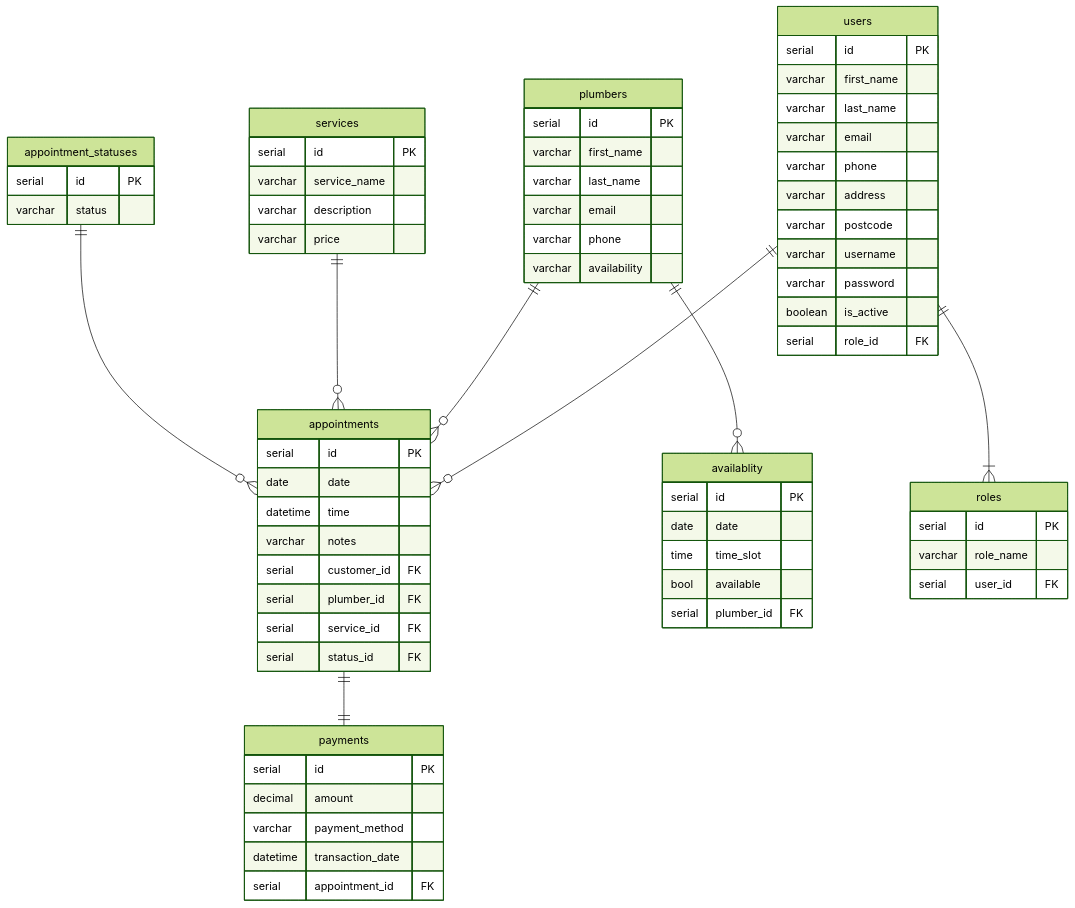
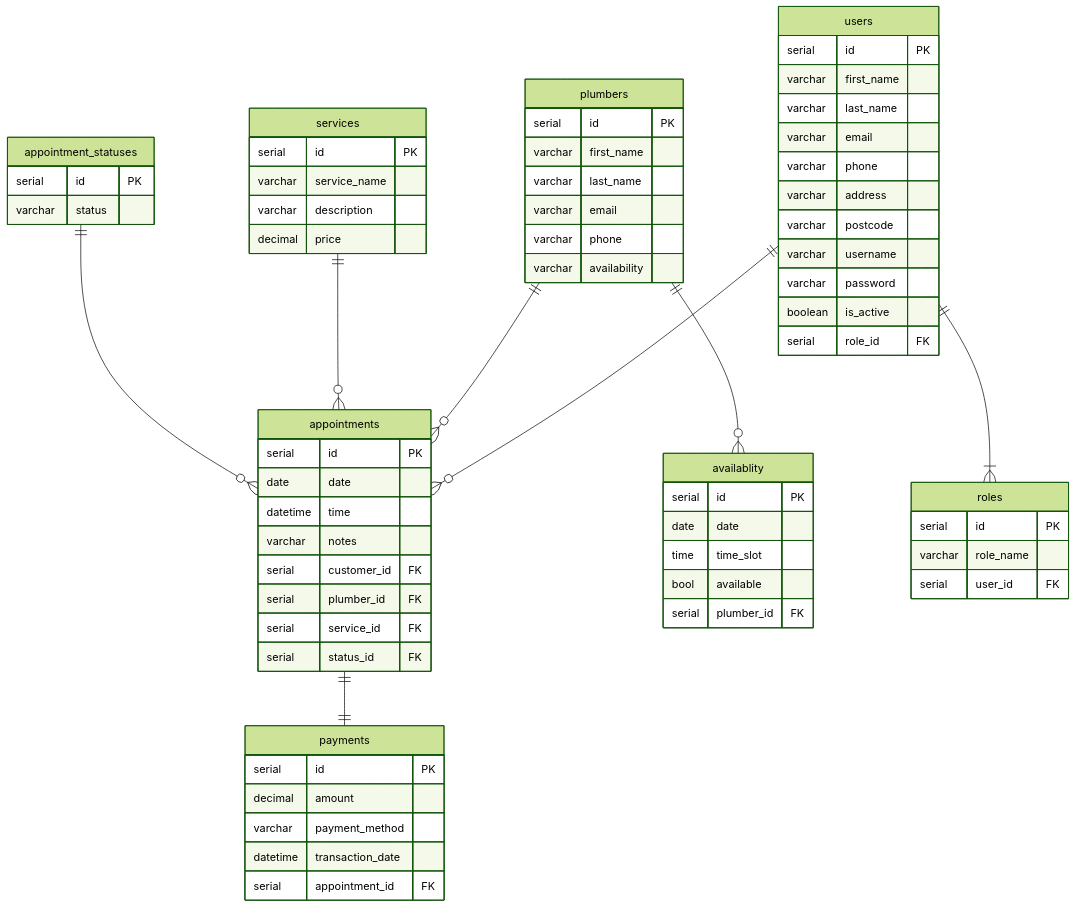
One commit to KerryK2021/Plumbing-Company-Appointment-System changed the second of 2 diagrams in README.md. Above: the diagram before and after it, drawn with Mermaid (forest theme).

````diff
--- a/README.md
+++ b/README.md
@@ -17,79 +17,79 @@
 ```mermaid
 erDiagram
         users {
         serial id PK
         varchar first_name
         varchar last_name
         varchar email
         varchar phone
         varchar address
         varchar postcode
         varchar username
         varchar password
         boolean is_active
         serial role_id FK
     }
 
     appointments {
         serial id PK
         date date
         datetime time
         varchar notes
         serial customer_id FK
         serial plumber_id FK
         serial service_id FK
         serial status_id FK
     }
 
     plumbers {
         serial id PK
         varchar first_name 
         varchar last_name
         varchar email
         varchar phone
         varchar availability
     }
 
     services {
         serial id PK
         varchar service_name
         varchar description
-        varchar price
+        decimal price
     }
 
     appointment_statuses {
         serial id PK
         varchar status
     }
 
     payments {
         serial id PK
         decimal amount
         varchar payment_method 
         datetime transaction_date
         serial appointment_id FK
     }
 
     availablity {
         serial id PK
         date date
         time time_slot
         bool available
         serial plumber_id FK
     }
 
     roles {
         serial id PK
         varchar role_name
         serial user_id FK
     }
 
     users ||--o{ appointments : ""
     plumbers ||--o{ appointments : ""
     services ||--o{ appointments : ""
     appointment_statuses ||--o{ appointments : ""
     appointments ||--|| payments : ""
     plumbers ||--o{ availablity : ""
     users ||--|{ roles : ""
 
 ```
````
